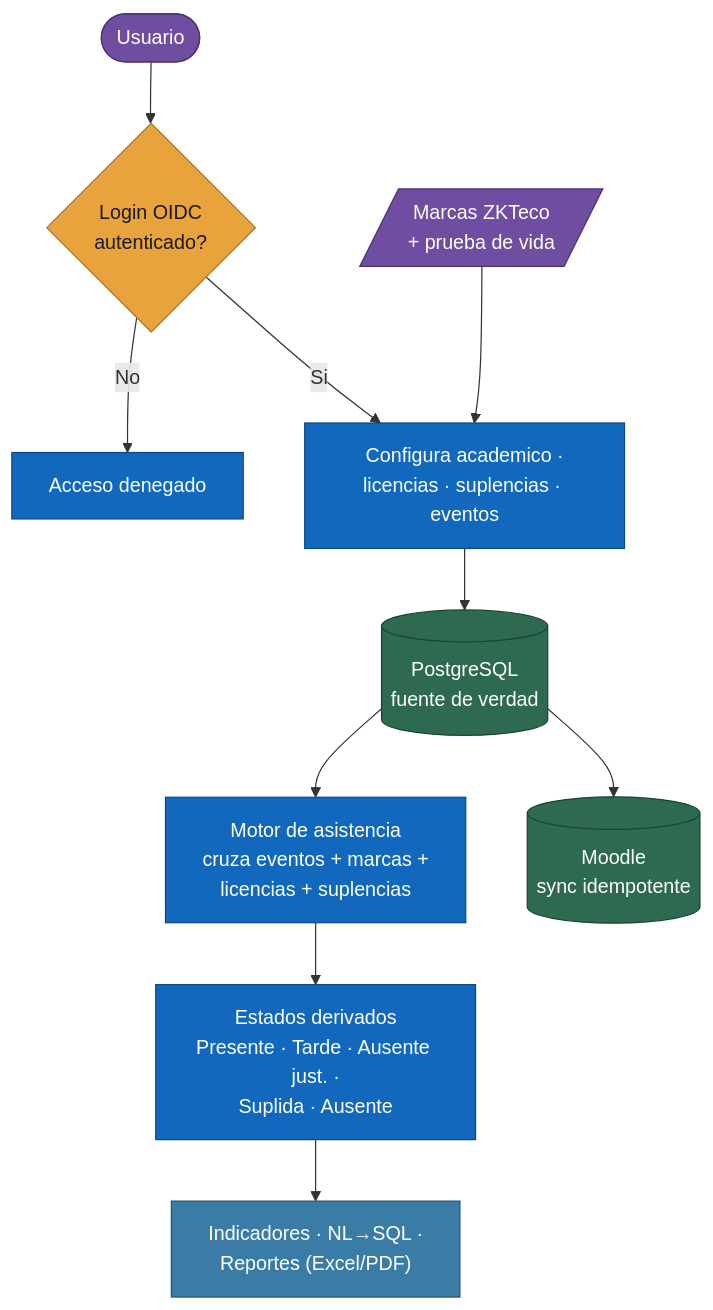
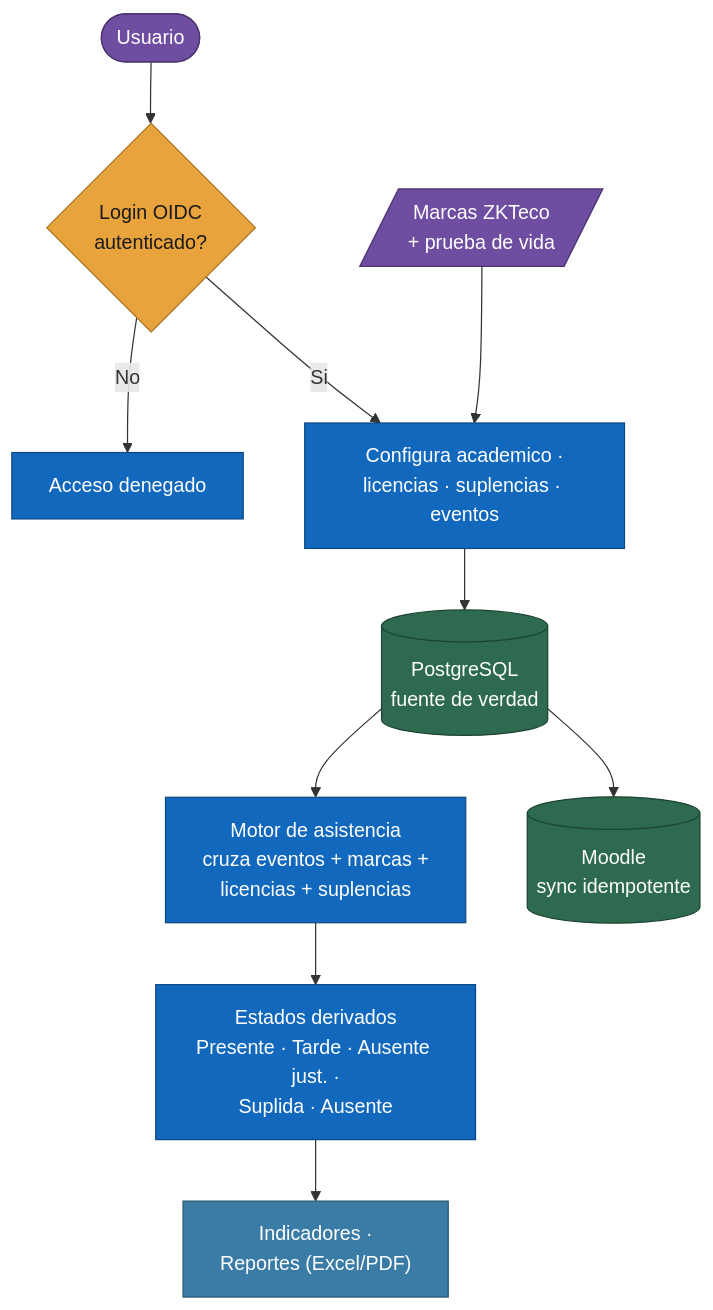
One commit to waller00/edutrack changed the diagram in docs/flujo-resumen.mmd. Above: the diagram before and after it, drawn with Mermaid. The commit also changed 129 other files, not shown here.

```diff
--- a/docs/flujo-resumen.mmd
+++ b/docs/flujo-resumen.mmd
@@ -1,19 +1,19 @@
 flowchart TD
     classDef actor fill:#6f4ea1,stroke:#4a3270,color:#ffffff
     classDef proc fill:#1168bd,stroke:#0b4884,color:#ffffff
     classDef dec fill:#e8a33d,stroke:#a9741f,color:#1a1a1a
     classDef store fill:#2d6a4f,stroke:#1b4332,color:#ffffff
     classDef out fill:#3a7ca5,stroke:#24576f,color:#ffffff
 
     U([Usuario]):::actor --> LOGIN{Login OIDC<br/>autenticado?}:::dec
     LOGIN -->|No| REJECT[Acceso denegado]:::proc
     LOGIN -->|Si| OPS["Configura academico ·<br/>licencias · suplencias · eventos"]:::proc
 
     ZK[/"Marcas ZKTeco<br/>+ prueba de vida"/]:::actor --> OPS
 
     OPS --> DB[("PostgreSQL<br/>fuente de verdad")]:::store
     DB --> ENGINE["Motor de asistencia<br/>cruza eventos + marcas +<br/>licencias + suplencias"]:::proc
     ENGINE --> ESTADO["Estados derivados<br/>Presente · Tarde · Ausente just. ·<br/>Suplida · Ausente"]:::proc
 
-    ESTADO --> OUT["Indicadores · NL→SQL ·<br/>Reportes (Excel/PDF)"]:::out
+    ESTADO --> OUT["Indicadores ·<br/>Reportes (Excel/PDF)"]:::out
     DB --> MOODLE[("Moodle<br/>sync idempotente")]:::store
```
